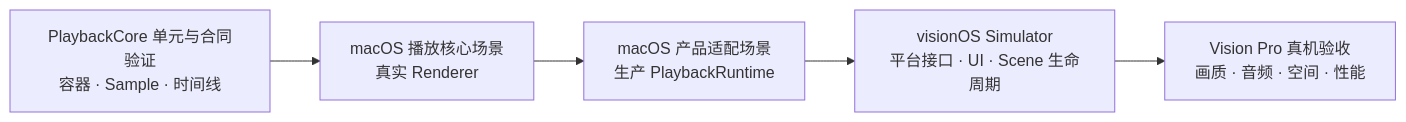
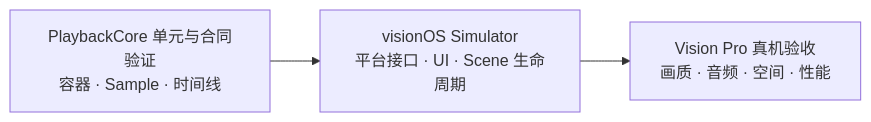
Before and after one commit to 1873663116/Enchron: the diagram in docs/acceptance/verification-system.md, drawn with Mermaid. The commit also changed other lines of this file and 96 other files, not shown here.

````diff
--- a/docs/acceptance/verification-system.md
+++ b/docs/acceptance/verification-system.md
@@ -7,7 +7,5 @@
 ```mermaid
 flowchart LR
-    Core["PlaybackCore 单元与合同验证\n容器 · Sample · 时间线"] --> MacCore["macOS 播放核心场景\n真实 Renderer"]
-    MacCore --> MacApp["macOS 产品适配场景\n生产 PlaybackRuntime"]
-    MacApp --> Sim["visionOS Simulator\n平台接口 · UI · Scene 生命周期"]
+    Core["PlaybackCore 单元与合同验证\n容器 · Sample · 时间线"] --> Sim["visionOS Simulator\n平台接口 · UI · Scene 生命周期"]
     Sim --> Device["Vision Pro 真机验收\n画质 · 音频 · 空间 · 性能"]
 ```
````
